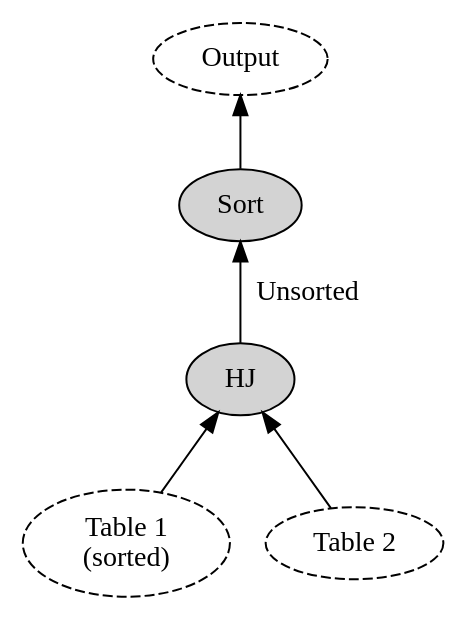
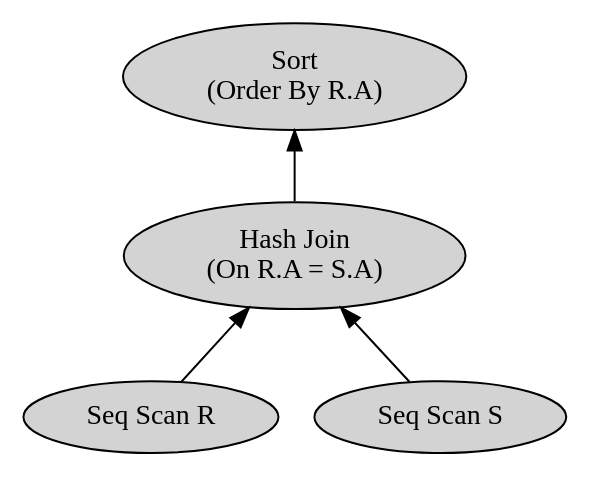
One commit to johansolbakken/solbakken-sunde-master-tools changed the diagram in graphviz/interesting_order_hj.dot. Above: the diagram before and after it, drawn with Graphviz. The commit also changed 1 other file, not shown here.

Commit message:
Add interesting_order_mj to diagrams

```diff
--- a/graphviz/interesting_order_hj.dot
+++ b/graphviz/interesting_order_hj.dot
@@ -1,24 +1,14 @@
 digraph G {
     rankdir=BT; // Bottom to top layout
     
-    node [shape=ellipse, style=dashed];
+    node [shape=ellipse, style=filled];
 
-    // Nodes for tables
-    table1 [label="Table 1\n(sorted)"];
-    table2 [label="Table 2"];
-    
-    // Node for Hash Join
-    hash_join [label="HJ", style=filled];
+    Sort [label="Sort\n(Order By R.A)"];
+    HashJoin [label="Hash Join\n(On R.A = S.A)"];
+    SeqScanR [label="Seq Scan R"];
+    SeqScanS [label="Seq Scan S"];
 
-    sort [label="Sort", style=filled]
-
-    output [label="Output"];
-
-    // Edges
-    table1 -> hash_join;
-    table2 -> hash_join;
-
-    hash_join -> sort [label="Unsorted"];
-
-    sort -> output;
+    HashJoin -> Sort;
+    SeqScanR -> HashJoin;
+    SeqScanS -> HashJoin;
 }
```
